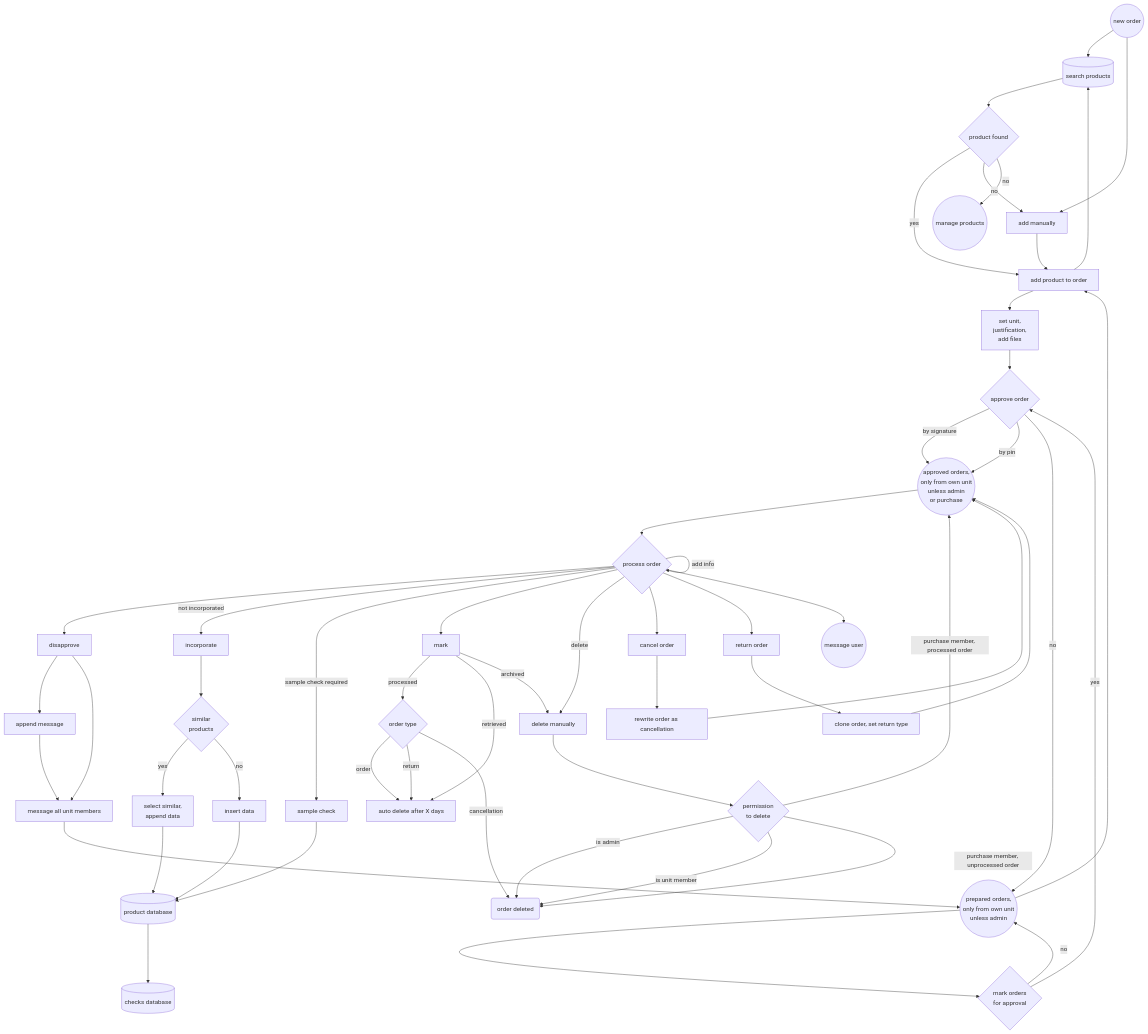
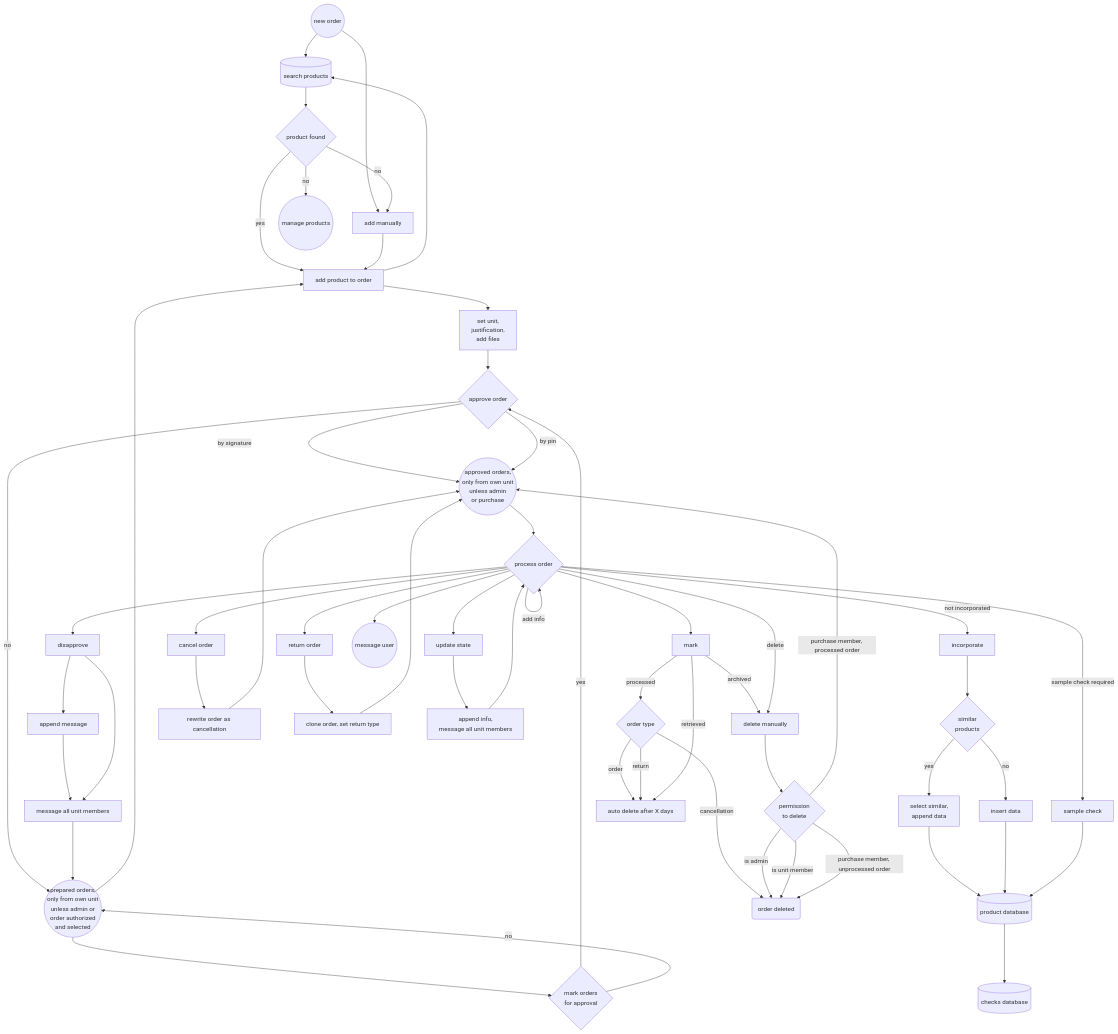
One commit to erroronline1/caro changed the sixth of 6 diagrams in readme.md. Above: the diagram before and after it, drawn with Mermaid.

Commit message:
order flowchart

````diff
--- a/readme.md
+++ b/readme.md
@@ -484,73 +484,79 @@
 ```mermaid
 graph TD;
     new_order((new order))-->search_products[(search products)];
     search_products-->product_found{product found};
     product_found-->|yes|add_product[add product to order];
     new_order-->add_manually[add manually];
     product_found-->|no|add_manually;
     product_found-->|no|manage_products((manage products));
     add_manually-->add_product;
     add_product-->search_products;
     add_product-->add_info["set unit,
     justification,
     add files"];
     add_info-->approve_order{approve order};
     approve_order-->|by signature|approved_orders(("approved orders,
     only from own unit
     unless admin
     or purchase"));
     approve_order-->|by pin|approved_orders;
     approve_order-->|no|prepared_orders(("prepared orders,
     only from own unit
-    unless admin"));
+    unless admin or
+    order authorized
+    and selected"));
 
     approved_orders-->process_order{process order};
     process_order-->disapprove[disapprove];
     disapprove-->append_message[append message];
     append_message-->message_unit[message all unit members];
     disapprove-->message_unit;
     message_unit-->prepared_orders;
 
     process_order-->|not incorporated|incorporate;
     incorporate-->incorporate_similar{"similar
     products"};
     incorporate_similar-->|yes|select_similar["select similar,
     append data"];
     select_similar-->productdb[(product database)]
     incorporate_similar-->|no|insert_data[insert data];
     insert_data-->productdb[(product database)];
     productdb[(product database)]-->checksdb[(checks database)];
 
     process_order-->|sample check required|sample_check[sample check];
     sample_check-->productdb[(product database)];
 
     process_order-->mark[mark];
     mark-->|processed|order_type{order type};
     order_type-->|order|auto_delete[auto delete after X days];
     order_type-->|return|auto_delete;
     order_type-->|cancellation|order_deleted(order deleted)
     mark-->|retrieved|auto_delete;
     mark-->|archived|delete[delete manually];
     process_order-->|delete|delete;
     process_order-->cancel_order[cancel order];
     cancel_order-->rewrite_cancel[rewrite order as cancellation];
     rewrite_cancel-->approved_orders;
     process_order-->return_order[return order];
     return_order-->clone_order[clone order, set return type];
     clone_order-->approved_orders
     delete-->delete_permission{"permission
     to delete"};
     delete_permission-->|is admin|order_deleted;
     delete_permission-->|is unit member|order_deleted;
     delete_permission-->|purchase member, unprocessed order|order_deleted;
     delete_permission-->|purchase member, processed order|approved_orders;
+    process_order-->update_state[update state];
+    update_state-->append_inform["append info,
+    message all unit members"];
+    append_inform-->process_order
     
     process_order-->|add info|process_order;
     process_order-->message((message user))
 
     prepared_orders-->mark_bulk{"mark orders
     for approval"};
     mark_bulk-->|yes|approve_order;
     mark_bulk-->|no|prepared_orders;
     prepared_orders-->add_product;
 ```
````
